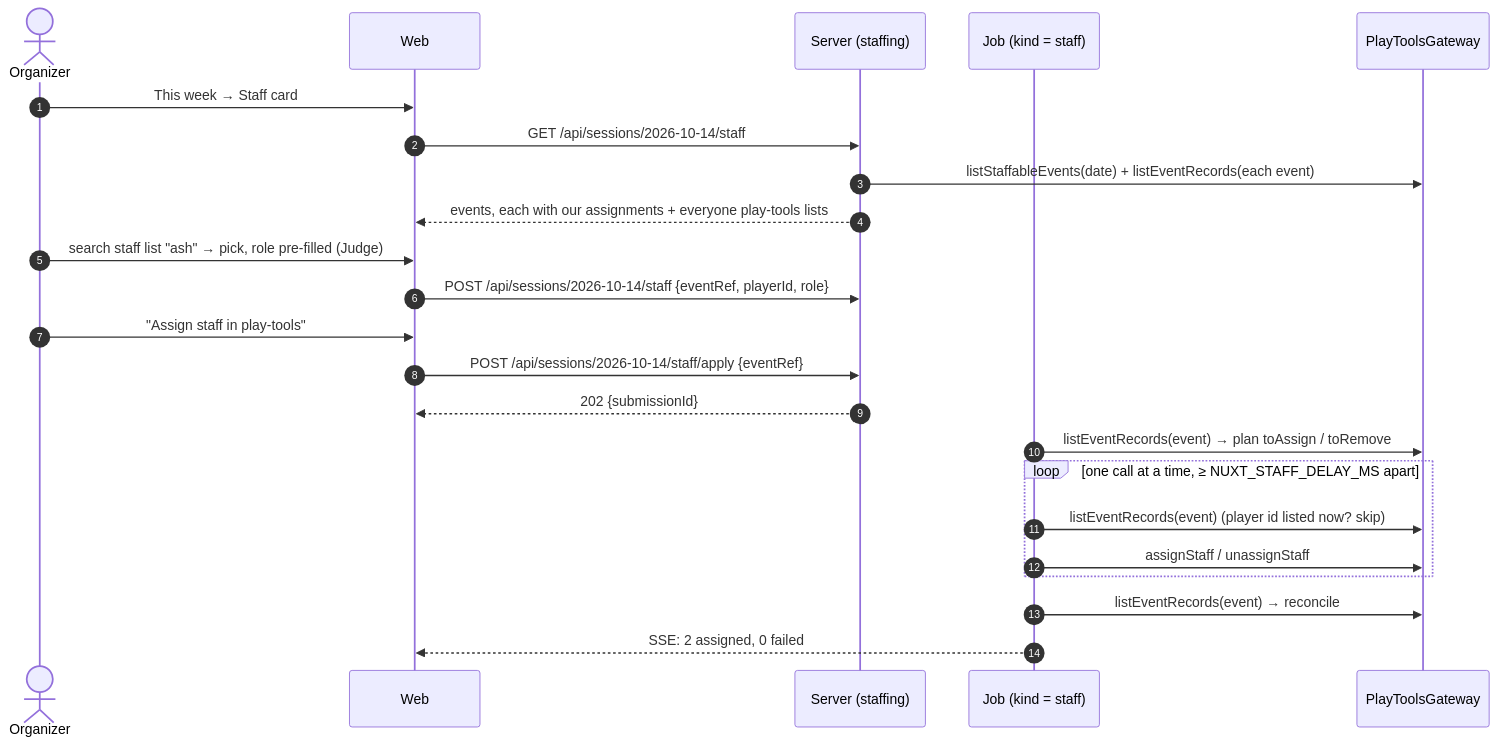
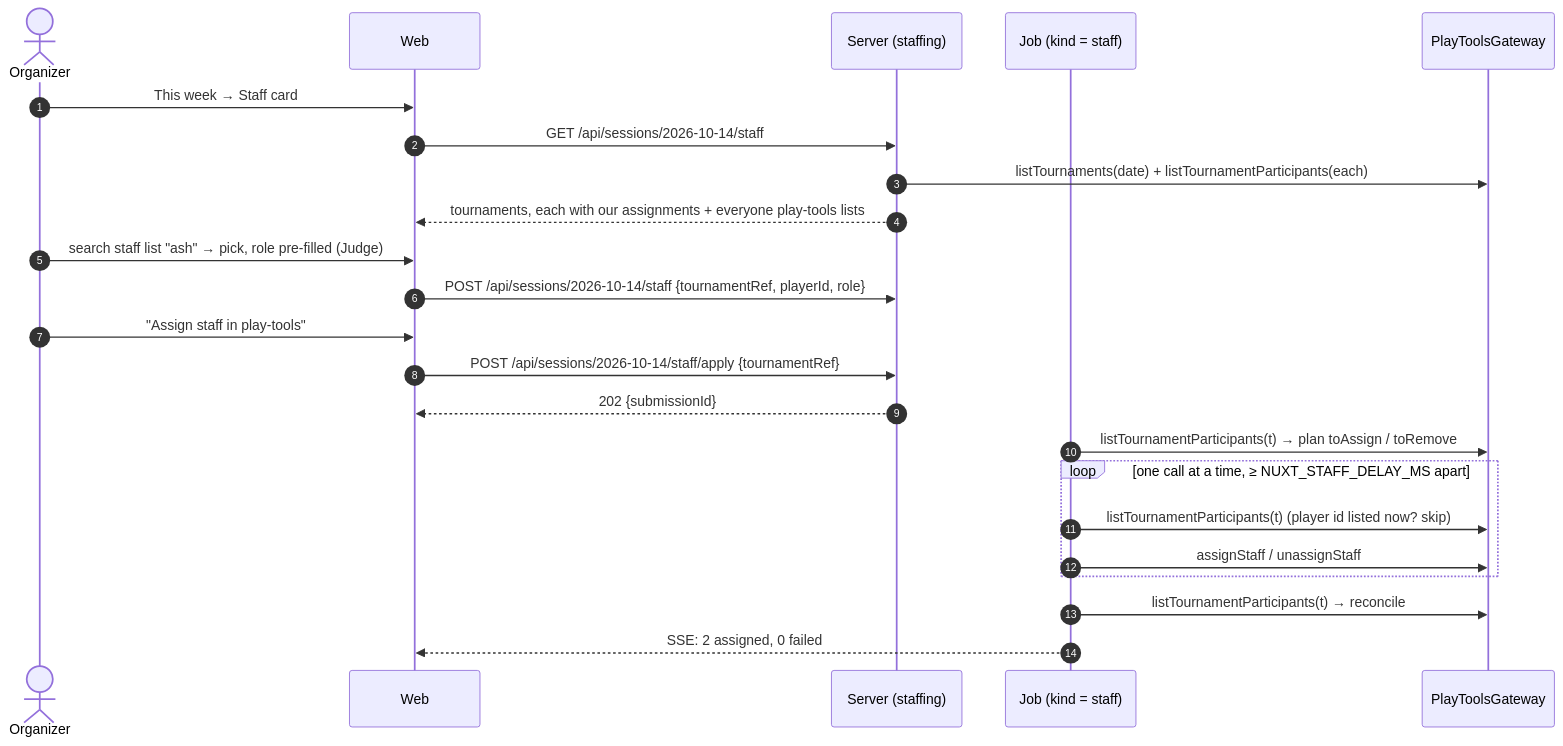
Before and after one commit to Towerism/play-pokemon-attendance-web: the fifth of 6 diagrams in docs/architecture/README.md, drawn with Mermaid. The commit also changed other lines of this file and 2 other files, not shown here.

First line of the commit message:
docs(architecture): tournaments are a separate resource from play sessions

````diff
--- a/docs/architecture/README.md
+++ b/docs/architecture/README.md
@@ -712,26 +711,26 @@
 ```mermaid
 sequenceDiagram
   autonumber
   actor O as Organizer
   participant W as Web
   participant S as Server (staffing)
   participant J as Job (kind = staff)
   participant G as PlayToolsGateway
 
   O->>W: This week → Staff card
   W->>S: GET /api/sessions/2026-10-14/staff
-  S->>G: listStaffableEvents(date) + listEventRecords(each event)
-  S-->>W: events, each with our assignments + everyone play-tools lists
+  S->>G: listTournaments(date) + listTournamentParticipants(each)
+  S-->>W: tournaments, each with our assignments + everyone play-tools lists
   O->>W: search staff list "ash" → pick, role pre-filled (Judge)
-  W->>S: POST /api/sessions/2026-10-14/staff {eventRef, playerId, role}
+  W->>S: POST /api/sessions/2026-10-14/staff {tournamentRef, playerId, role}
   O->>W: "Assign staff in play-tools"
-  W->>S: POST /api/sessions/2026-10-14/staff/apply {eventRef}
+  W->>S: POST /api/sessions/2026-10-14/staff/apply {tournamentRef}
   S-->>W: 202 {submissionId}
-  J->>G: listEventRecords(event) → plan toAssign / toRemove
+  J->>G: listTournamentParticipants(t) → plan toAssign / toRemove
   loop one call at a time, ≥ NUXT_STAFF_DELAY_MS apart
-    J->>G: listEventRecords(event) (player id listed now? skip)
+    J->>G: listTournamentParticipants(t) (player id listed now? skip)
     J->>G: assignStaff / unassignStaff
   end
-  J->>G: listEventRecords(event) → reconcile
+  J->>G: listTournamentParticipants(t) → reconcile
   J-->>W: SSE: 2 assigned, 0 failed
 ```
````
